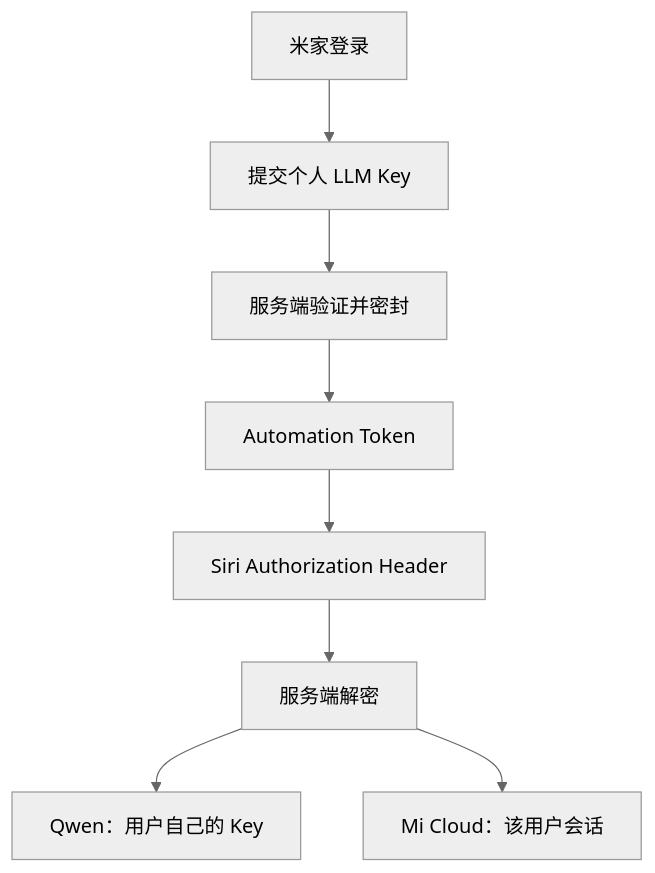
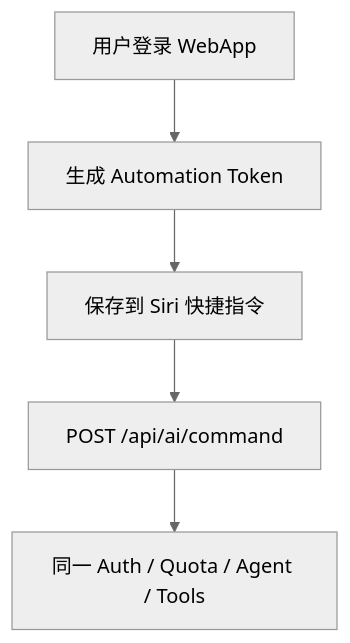
Before and after one commit to zhangys10/mijia-web-console: diagram 11 of 14 in docs/ai-home-poc-design.md, drawn with Mermaid (neutral theme). The commit also changed other lines of this file, not shown here.

Commit message:
docs: redesign AI Home around Makers Agent gateway

````diff
--- a/docs/ai-home-poc-design.md
+++ b/docs/ai-home-poc-design.md
@@ -774,10 +394,7 @@
 ```mermaid
 flowchart TD
-    A["米家登录"] --> B["提交个人 LLM Key"]
-    B --> C["服务端验证并密封"]
-    C --> D["Automation Token"]
-    D --> E["Siri Authorization Header"]
-    E --> F["服务端解密"]
-    F --> G["Qwen：用户自己的 Key"]
-    F --> H["Mi Cloud：该用户会话"]
+    LOGIN["用户登录 WebApp"] --> TOKEN["生成 Automation Token"]
+    TOKEN --> SIRI["保存到 Siri 快捷指令"]
+    SIRI --> API["POST /api/ai/command"]
+    API --> COMMON["同一 Auth / Quota / Agent / Tools"]
 ```
````
